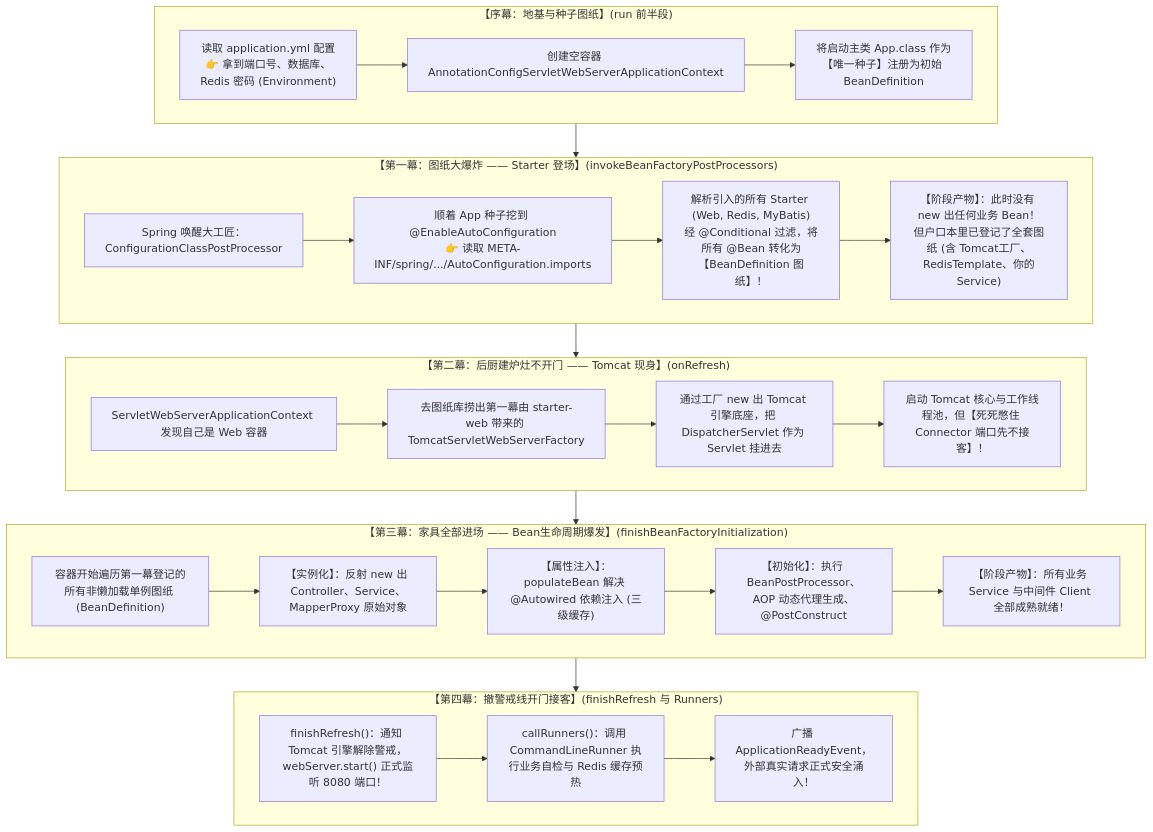
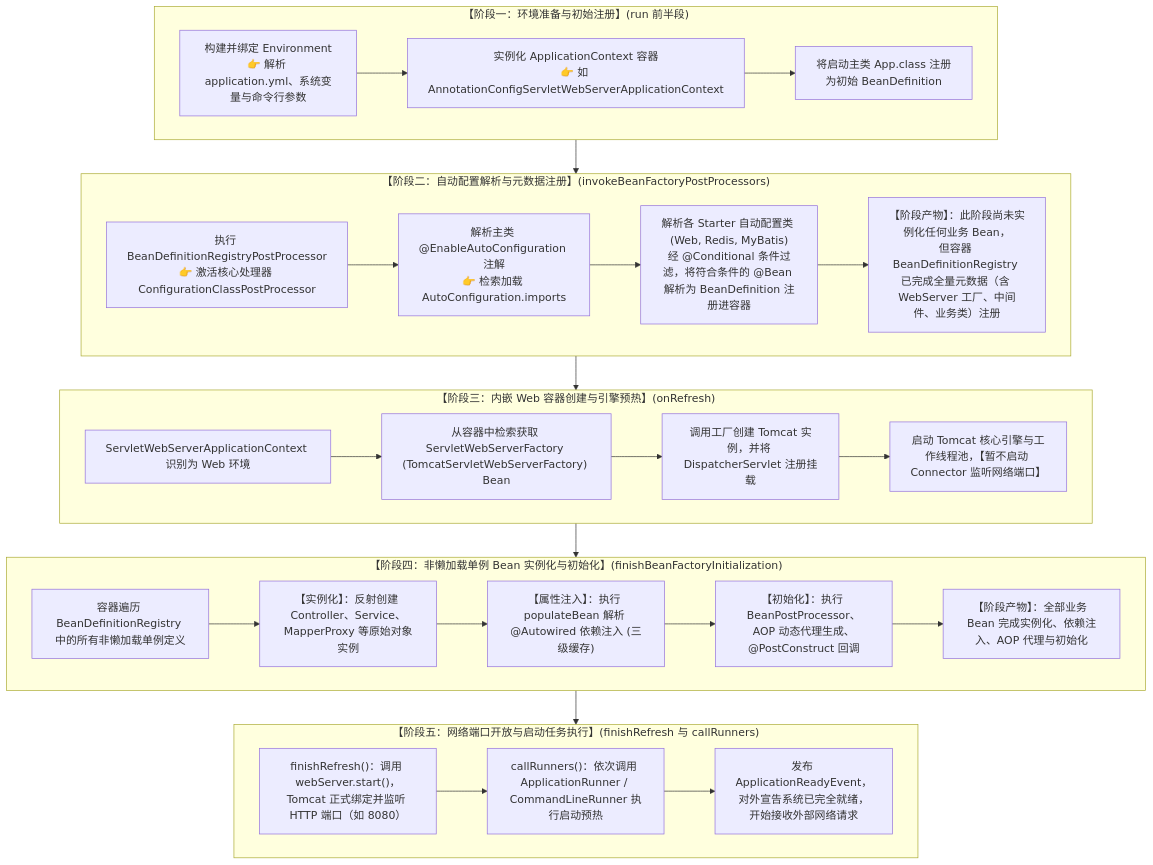
Before and after one commit to GuoWWWX/knowledge-base: the third of 5 diagrams in 20-Java后端/04-Spring生态/10-SpringBoot启动流程.md, drawn with Mermaid. The commit also changed other lines of this file, not shown here.

Commit message:
docs(spring): formalize technical terminology in Spring Boot startup doc (remove informal metaphors)

````diff
--- a/20-Java后端/04-Spring生态/10-SpringBoot启动流程.md
+++ b/20-Java后端/04-Spring生态/10-SpringBoot启动流程.md
@@ -132,43 +132,43 @@
 ```mermaid
 flowchart TD
-    subgraph Act0["【序幕：地基与种子图纸】(run 前半段)"]
-        A1["读取 application.yml 配置<br/>👉 拿到端口号、数据库、Redis 密码 (Environment)"]
-        A2["创建空容器 AnnotationConfigServletWebServerApplicationContext"]
-        A3["将启动主类 App.class 作为【唯一种子】注册为初始 BeanDefinition"]
+    subgraph Act0["【阶段一：环境准备与初始注册】(run 前半段)"]
+        A1["构建并绑定 Environment<br/>👉 解析 application.yml、系统变量与命令行参数"]
+        A2["实例化 ApplicationContext 容器<br/>👉 如 AnnotationConfigServletWebServerApplicationContext"]
+        A3["将启动主类 App.class 注册为初始 BeanDefinition"]
         A1 --> A2 --> A3
     end
 
-    subgraph Act1["【第一幕：图纸大爆炸 —— Starter 登场】(invokeBeanFactoryPostProcessors)"]
-        B1["Spring 唤醒大工匠：ConfigurationClassPostProcessor"]
-        B2["顺着 App 种子挖到 @EnableAutoConfiguration<br/>👉 读取 META-INF/spring/.../AutoConfiguration.imports"]
-        B3["解析引入的所有 Starter (Web, Redis, MyBatis)<br/>经 @Conditional 过滤，将所有 @Bean 转化为【BeanDefinition 图纸】！"]
-        B4["【阶段产物】：此时没有 new 出任何业务 Bean！<br/>但户口本里已登记了全套图纸 (含 Tomcat工厂、RedisTemplate、你的Service)"]
+    subgraph Act1["【阶段二：自动配置解析与元数据注册】(invokeBeanFactoryPostProcessors)"]
+        B1["执行 BeanDefinitionRegistryPostProcessor<br/>👉 激活核心处理器 ConfigurationClassPostProcessor"]
+        B2["解析主类 @EnableAutoConfiguration 注解<br/>👉 检索加载 AutoConfiguration.imports"]
+        B3["解析各 Starter 自动配置类 (Web, Redis, MyBatis)<br/>经 @Conditional 条件过滤，将符合条件的 @Bean 解析为 BeanDefinition 注册进容器"]
+        B4["【阶段产物】：此阶段尚未实例化任何业务 Bean，<br/>但容器 BeanDefinitionRegistry 已完成全量元数据（含 WebServer 工厂、中间件、业务类）注册"]
         B1 --> B2 --> B3 --> B4
     end
 
-    subgraph Act2["【第二幕：后厨建炉灶不开门 —— Tomcat 现身】(onRefresh)"]
-        C1["ServletWebServerApplicationContext 发现自己是 Web 容器"]
-        C2["去图纸库捞出第一幕由 starter-web 带来的 TomcatServletWebServerFactory"]
-        C3["通过工厂 new 出 Tomcat 引擎底座，把 DispatcherServlet 作为 Servlet 挂进去"]
-        C4["启动 Tomcat 核心与工作线程池，但【死死憋住 Connector 端口先不接客】！"]
+    subgraph Act2["【阶段三：内嵌 Web 容器创建与引擎预热】(onRefresh)"]
+        C1["ServletWebServerApplicationContext 识别为 Web 环境"]
+        C2["从容器中检索获取 ServletWebServerFactory (TomcatServletWebServerFactory) Bean"]
+        C3["调用工厂创建 Tomcat 实例，并将 DispatcherServlet 注册挂载"]
+        C4["启动 Tomcat 核心引擎与工作线程池，【暂不启动 Connector 监听网络端口】"]
         C1 --> C2 --> C3 --> C4
     end
 
-    subgraph Act3["【第三幕：家具全部进场 —— Bean生命周期爆发】(finishBeanFactoryInitialization)"]
-        D1["容器开始遍历第一幕登记的所有非懒加载单例图纸 (BeanDefinition)"]
-        D2["【实例化】：反射 new 出 Controller、Service、MapperProxy 原始对象"]
-        D3["【属性注入】：populateBean 解决 @Autowired 依赖注入 (三级缓存)"]
-        D4["【初始化】：执行 BeanPostProcessor、AOP 动态代理生成、@PostConstruct"]
-        D5["【阶段产物】：所有业务 Service 与中间件 Client 全部成熟就绪！"]
+    subgraph Act3["【阶段四：非懒加载单例 Bean 实例化与初始化】(finishBeanFactoryInitialization)"]
+        D1["容器遍历 BeanDefinitionRegistry 中的所有非懒加载单例定义"]
+        D2["【实例化】：反射创建 Controller、Service、MapperProxy 等原始对象实例"]
+        D3["【属性注入】：执行 populateBean 解析 @Autowired 依赖注入 (三级缓存)"]
+        D4["【初始化】：执行 BeanPostProcessor、AOP 动态代理生成、@PostConstruct 回调"]
+        D5["【阶段产物】：全部业务 Bean 完成实例化、依赖注入、AOP 代理与初始化"]
         D1 --> D2 --> D3 --> D4 --> D5
     end
 
-    subgraph Act4["【第四幕：撤警戒线开门接客】(finishRefresh 与 Runners)"]
-        E1["finishRefresh()：通知 Tomcat 引擎解除警戒，webServer.start() 正式监听 8080 端口！"]
-        E2["callRunners()：调用 CommandLineRunner 执行业务自检与 Redis 缓存预热"]
-        E3["广播 ApplicationReadyEvent，外部真实请求正式安全涌入！"]
+    subgraph Act4["【阶段五：网络端口开放与启动任务执行】(finishRefresh 与 callRunners)"]
+        E1["finishRefresh()：调用 webServer.start()，Tomcat 正式绑定并监听 HTTP 端口（如 8080）"]
+        E2["callRunners()：依次调用 ApplicationRunner / CommandLineRunner 执行启动预热"]
+        E3["发布 ApplicationReadyEvent，对外宣告系统已完全就绪，开始接收外部网络请求"]
         E1 --> E2 --> E3
     end
 
     Act0 --> Act1 --> Act2 --> Act3 --> Act4
 ```
````
